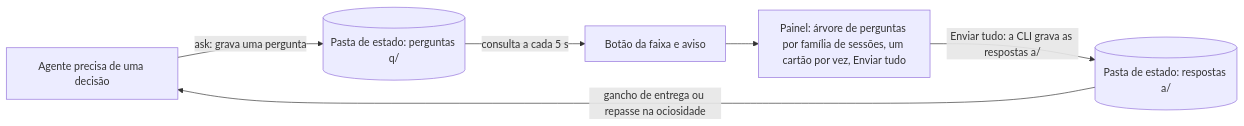
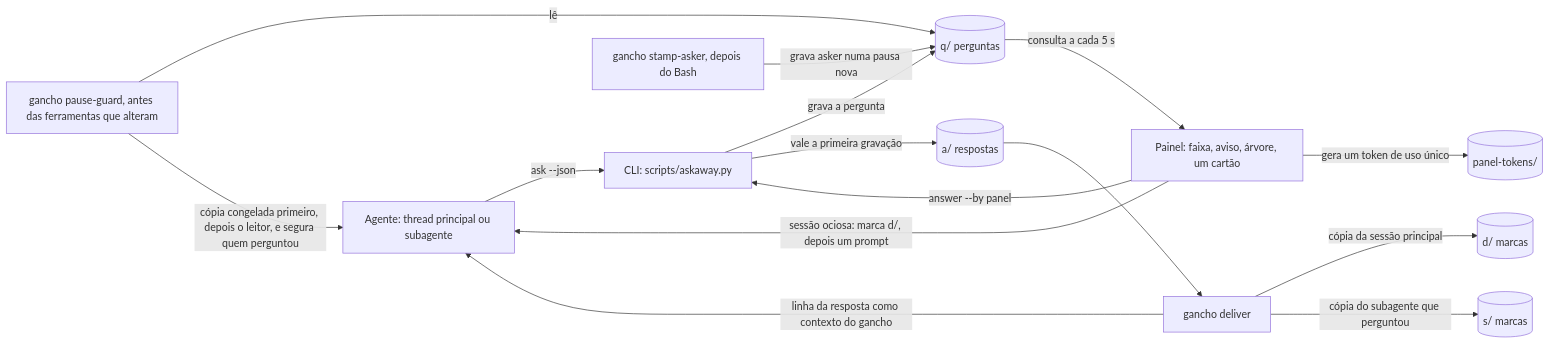
Before and after one commit to KeepGlide/askaway: the first of 2 diagrams in README.pt-BR.md, drawn with Mermaid. The commit also changed other lines of this file and 3 other files, not shown here.

````diff
--- a/README.pt-BR.md
+++ b/README.pt-BR.md
@@ -128,8 +131,17 @@
 ```mermaid
 flowchart LR
-    agent["Agente precisa de uma decisão"] -->|"ask: grava uma pergunta"| folder[("Pasta de estado: perguntas q/")]
-    folder -->|"consulta a cada 5 s"| band["Botão da faixa e aviso"]
-    band --> panel["Painel: árvore de perguntas por família de sessões, um cartão por vez, Enviar tudo"]
-    panel -->|"Enviar tudo: a CLI grava as respostas a/"| answers[("Pasta de estado: respostas a/")]
-    answers -->|"gancho de entrega ou repasse na ociosidade"| agent
+    agent["Agente: thread principal ou subagente"] -->|"ask --json"| cli["CLI: scripts/askaway.py"]
+    cli -->|"grava a pergunta"| q[("q/ perguntas")]
+    stamp["gancho stamp-asker, depois do Bash"] -->|"grava asker numa pausa nova"| q
+    guard["gancho pause-guard, antes das ferramentas que alteram"] -->|"lê"| q
+    guard -->|"cópia congelada primeiro, depois o leitor, e segura quem perguntou"| agent
+    q -->|"consulta a cada 5 s"| panel["Painel: faixa, aviso, árvore, um cartão"]
+    panel -->|"gera um token de uso único"| tokens[("panel-tokens/")]
+    panel -->|"answer --by panel"| cli
+    cli -->|"vale a primeira gravação"| a[("a/ respostas")]
+    a --> deliver["gancho deliver"]
+    deliver -->|"cópia da sessão principal"| d[("d/ marcas")]
+    deliver -->|"cópia do subagente que perguntou"| s[("s/ marcas")]
+    deliver -->|"linha da resposta como contexto do gancho"| agent
+    panel -->|"sessão ociosa: marca d/, depois um prompt"| agent
 ```
````
